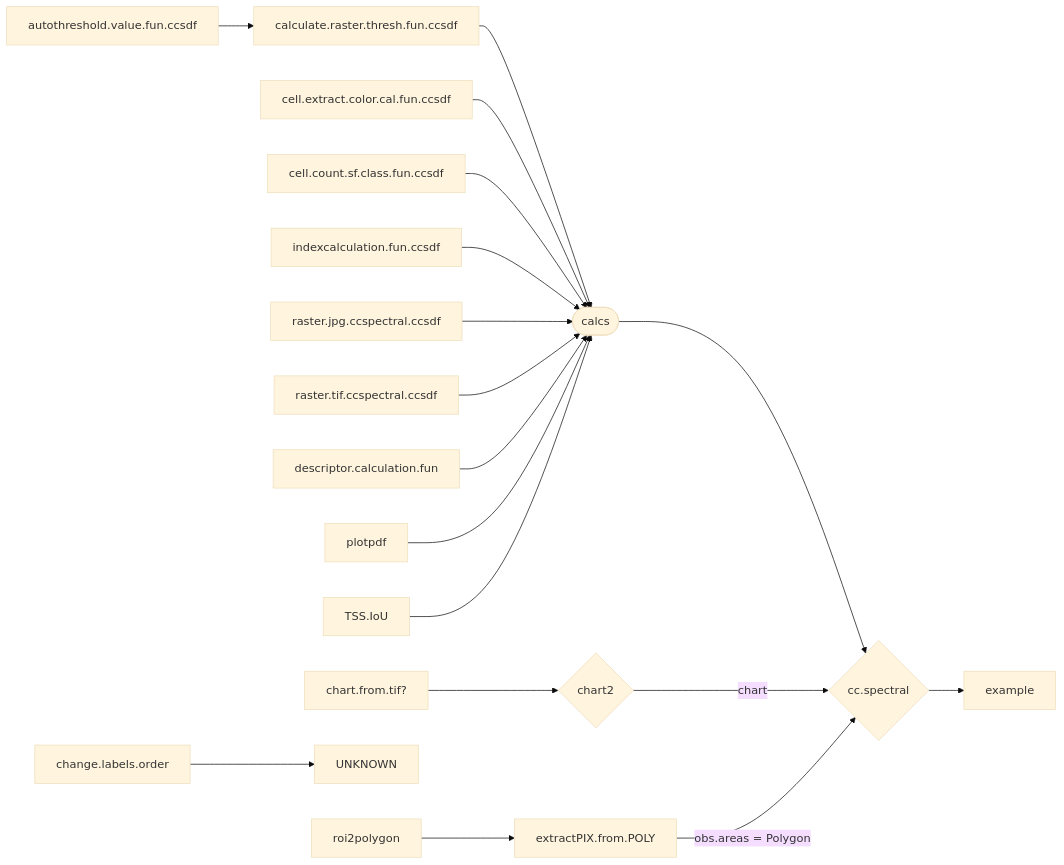
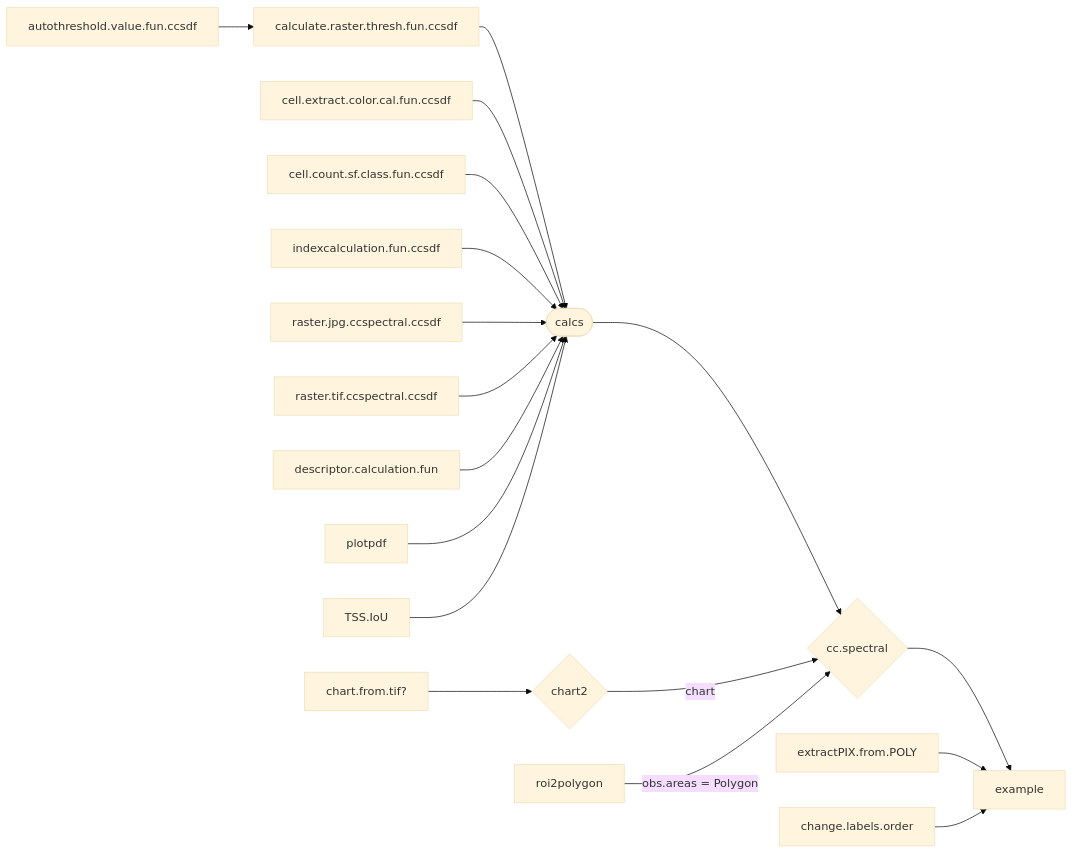
One commit to cRonFer/photomoss changed the diagram in README.md. Above: the diagram before and after it, drawn with Mermaid (base theme).

````diff
--- a/README.md
+++ b/README.md
@@ -98,25 +98,24 @@
 ```mermaid
 flowchart LR
     A([calcs]) --> B{cc.spectral}
     C{chart2} -->|chart| B
- O[chart.from.tif?] --> C
+    O[chart.from.tif?] --> C
 
    D[calculate.raster.thresh.fun.ccsdf] --> A
    E[autothreshold.value.fun.ccsdf] --> D
    F[cell.extract.color.cal.fun.ccsdf] --> A
    M[cell.count.sf.class.fun.ccsdf] --> A
    G[indexcalculation.fun.ccsdf] --> A
    H[raster.jpg.ccspectral.ccsdf] --> A
    I[raster.tif.ccspectral.ccsdf] --> A
    J[descriptor.calculation.fun] --> A
    K[plotpdf] --> A
    L[TSS.IoU] --> A
-   
-   N[change.labels.order] --> AA
-   AA[UNKNOWN]
+  
 
-   Q[roi2polygon] --> P
-   P[extractPIX.from.POLY] --> |obs.areas = Polygon| B
+   Q[roi2polygon] --> |obs.areas = Polygon| B
    
    B --> BB[example]
+   P[extractPIX.from.POLY] --> BB
+   N[change.labels.order] --> BB
    ```
````
